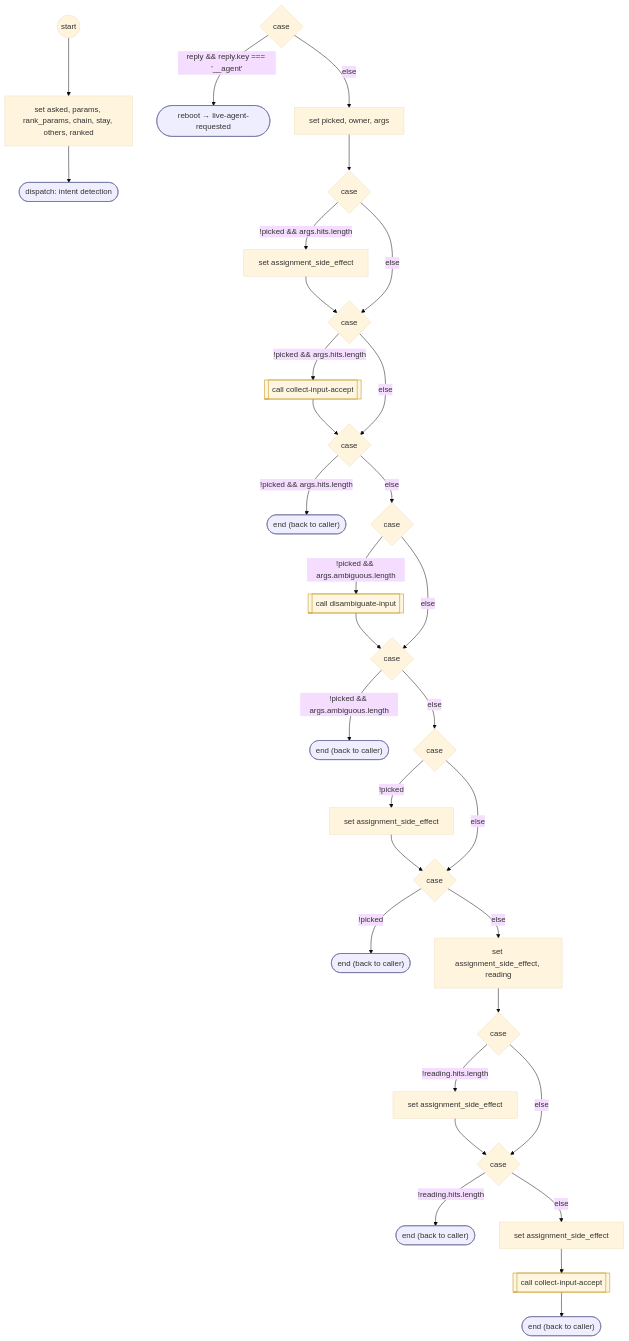
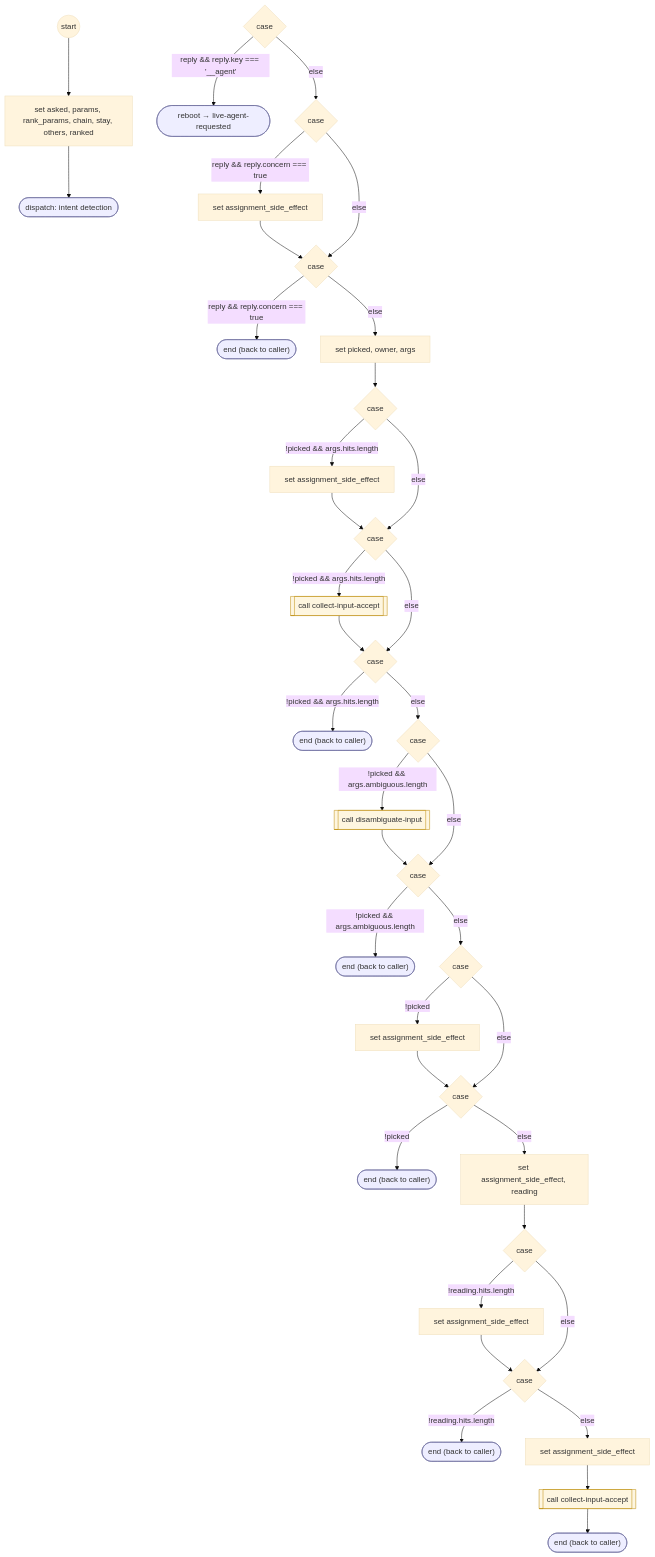
The diagram in docs/flows/system/read-form-choice.md (ronpinkas/jsfe), drawn with Mermaid (base theme) before and after one commit. The commit also changed 5 other files, not shown here.

First line of the commit message:
jsfe docs/flows: regenerated for the prod reference copy (1b5eb9f), which landed without its flow docs (global-exit, the readers' CONCERN, contact-support's exit context).

```diff
--- a/docs/flows/system/read-form-choice.md
+++ b/docs/flows/system/read-form-choice.md
@@ -30,65 +30,75 @@
    b3(["reboot → live-agent-requested"])
    class b3 endstep
    c2 -- "reply && reply.key === '__agent'" --> b3
-   n4["set picked, owner, args"]
-   c2 -- "else" --> n4
-   c5{"case"}
-   n4 --> c5
-   b6["set assignment_side_effect"]
-   c5 -- "!picked && args.hits.length" --> b6
-   c7{"case"}
-   b6 --> c7
-   c5 -- "else" --> c7
-   b8[["call collect-input-accept"]]
-   class b8 flowstep
-   c7 -- "!picked && args.hits.length" --> b8
+   c4{"case"}
+   c2 -- "else" --> c4
+   b5["set assignment_side_effect"]
+   c4 -- "reply && reply.concern === true" --> b5
+   c6{"case"}
+   b5 --> c6
+   c4 -- "else" --> c6
+   b7(["end (back to caller)"])
+   class b7 endstep
+   c6 -- "reply && reply.concern === true" --> b7
+   n8["set picked, owner, args"]
+   c6 -- "else" --> n8
    c9{"case"}
-   b8 --> c9
-   c7 -- "else" --> c9
-   b10(["end (back to caller)"])
-   class b10 endstep
+   n8 --> c9
+   b10["set assignment_side_effect"]
    c9 -- "!picked && args.hits.length" --> b10
    c11{"case"}
+   b10 --> c11
    c9 -- "else" --> c11
-   b12[["call disambiguate-input"]]
+   b12[["call collect-input-accept"]]
    class b12 flowstep
-   c11 -- "!picked && args.ambiguous.length" --> b12
+   c11 -- "!picked && args.hits.length" --> b12
    c13{"case"}
    b12 --> c13
    c11 -- "else" --> c13
    b14(["end (back to caller)"])
    class b14 endstep
-   c13 -- "!picked && args.ambiguous.length" --> b14
+   c13 -- "!picked && args.hits.length" --> b14
    c15{"case"}
    c13 -- "else" --> c15
-   b16["set assignment_side_effect"]
-   c15 -- "!picked" --> b16
+   b16[["call disambiguate-input"]]
+   class b16 flowstep
+   c15 -- "!picked && args.ambiguous.length" --> b16
    c17{"case"}
    b16 --> c17
    c15 -- "else" --> c17
    b18(["end (back to caller)"])
    class b18 endstep
-   c17 -- "!picked" --> b18
-   n19["set assignment_side_effect, reading"]
-   c17 -- "else" --> n19
-   c20{"case"}
-   n19 --> c20
-   b21["set assignment_side_effect"]
-   c20 -- "!reading.hits.length" --> b21
-   c22{"case"}
-   b21 --> c22
-   c20 -- "else" --> c22
-   b23(["end (back to caller)"])
-   class b23 endstep
-   c22 -- "!reading.hits.length" --> b23
-   n24["set assignment_side_effect"]
-   c22 -- "else" --> n24
-   n25[["call collect-input-accept"]]
-   class n25 flowstep
-   n24 --> n25
+   c17 -- "!picked && args.ambiguous.length" --> b18
+   c19{"case"}
+   c17 -- "else" --> c19
+   b20["set assignment_side_effect"]
+   c19 -- "!picked" --> b20
+   c21{"case"}
+   b20 --> c21
+   c19 -- "else" --> c21
+   b22(["end (back to caller)"])
+   class b22 endstep
+   c21 -- "!picked" --> b22
+   n23["set assignment_side_effect, reading"]
+   c21 -- "else" --> n23
+   c24{"case"}
+   n23 --> c24
+   b25["set assignment_side_effect"]
+   c24 -- "!reading.hits.length" --> b25
+   c26{"case"}
+   b25 --> c26
+   c24 -- "else" --> c26
+   b27(["end (back to caller)"])
+   class b27 endstep
+   c26 -- "!reading.hits.length" --> b27
+   n28["set assignment_side_effect"]
+   c26 -- "else" --> n28
+   n29[["call collect-input-accept"]]
+   class n29 flowstep
+   n28 --> n29
    DONE(["end (back to caller)"])
    class DONE endstep
-   n25 --> DONE
+   n29 --> DONE
    classDef endstep fill:#eef,stroke:#669
    classDef toolstep fill:#efe,stroke:#696
    classDef flowstep fill:#fef6e0,stroke:#b80
```
